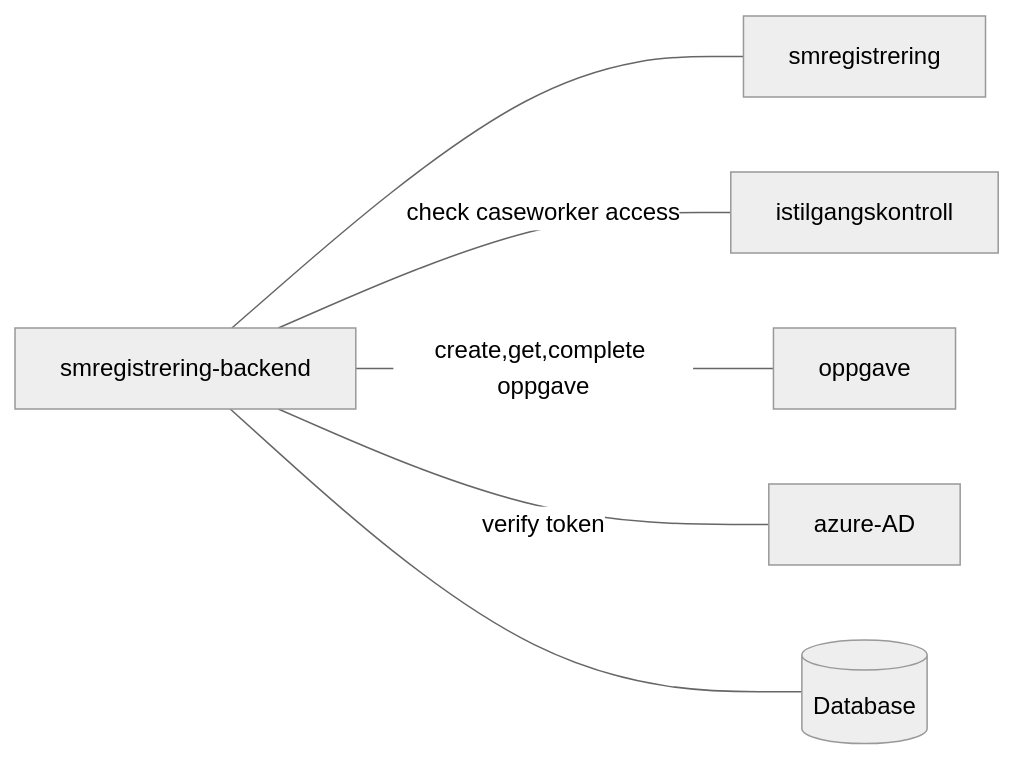
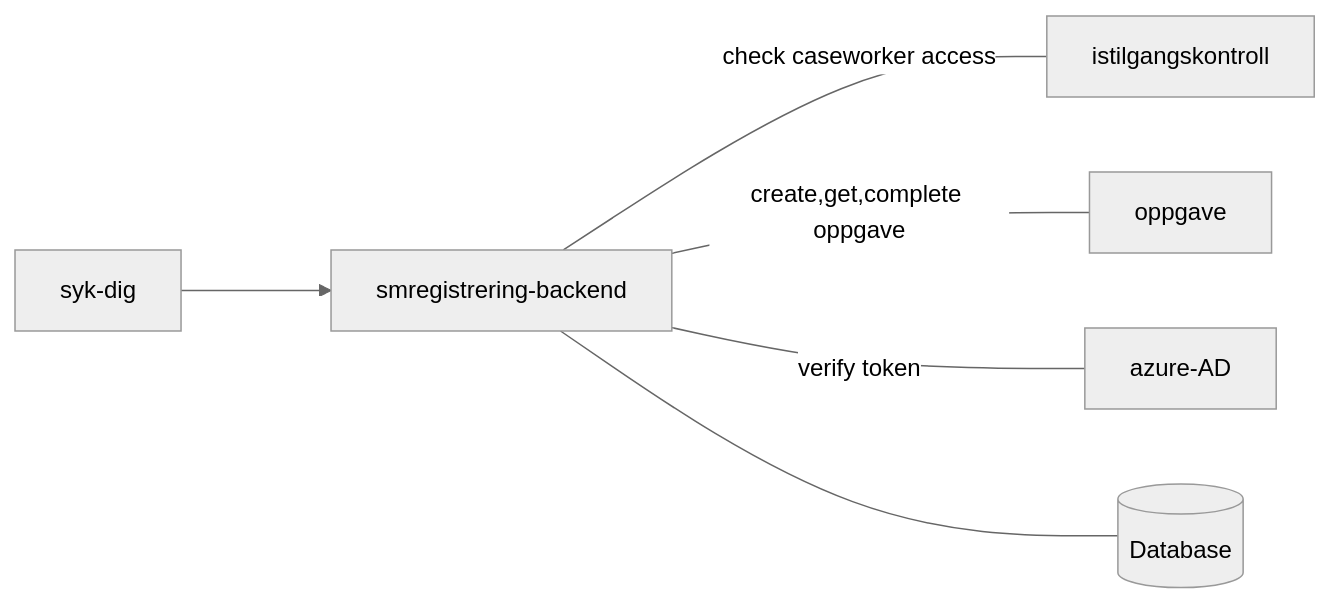
The diagram in README.md (navikt/smregistrering-backend), drawn with Mermaid (neutral theme) before and after one commit. The commit also changed 3 other files, not shown here.

````diff
--- a/README.md
+++ b/README.md
@@ -19,10 +19,9 @@
 ```mermaid
   graph LR;
-        
-      smregistrering-backend --- smregistrering;
+      syk-dig ---> smregistrering-backend;
       smregistrering-backend -- check caseworker access --- istilgangskontroll;
       smregistrering-backend -- create,get,complete oppgave --- oppgave;
       smregistrering-backend -- verify token --- azure-AD;
       smregistrering-backend --- id1[(Database)];
  
 ```
````
